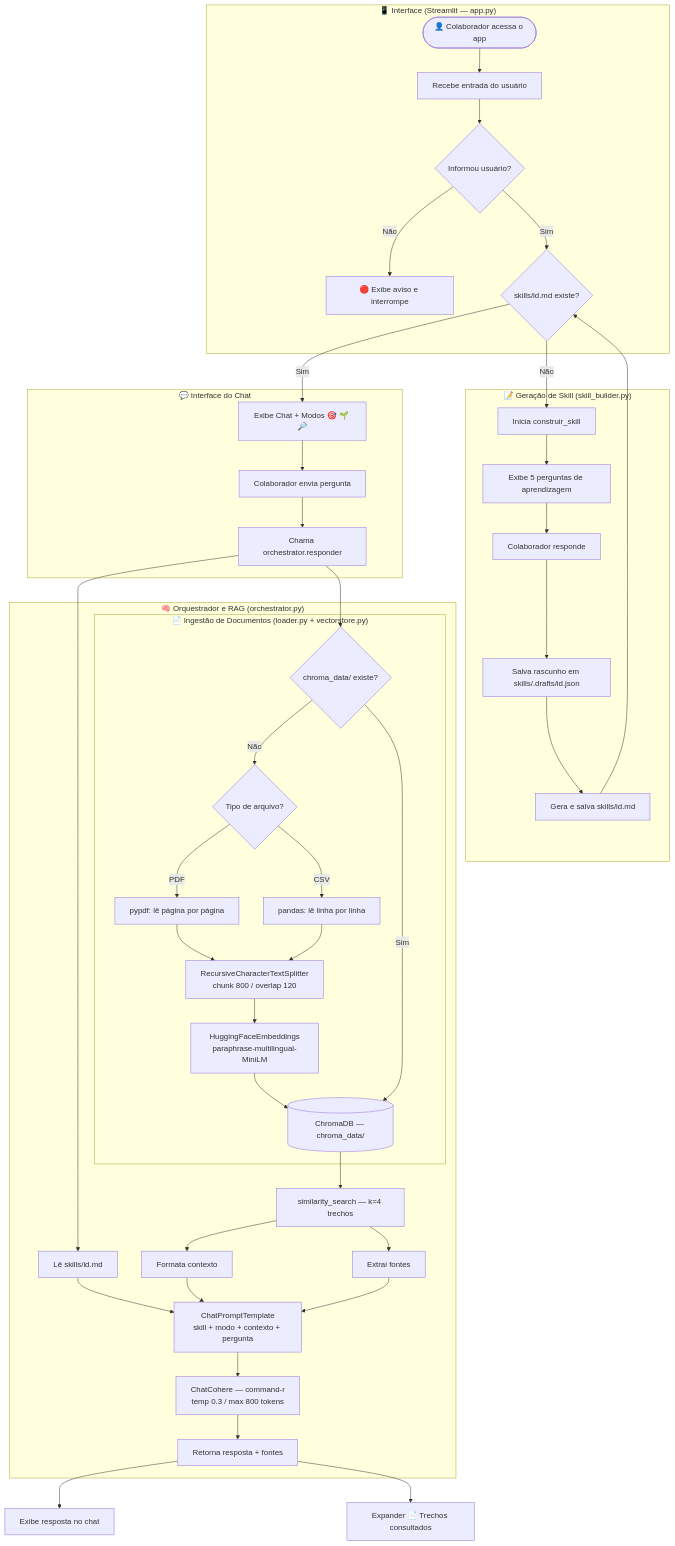
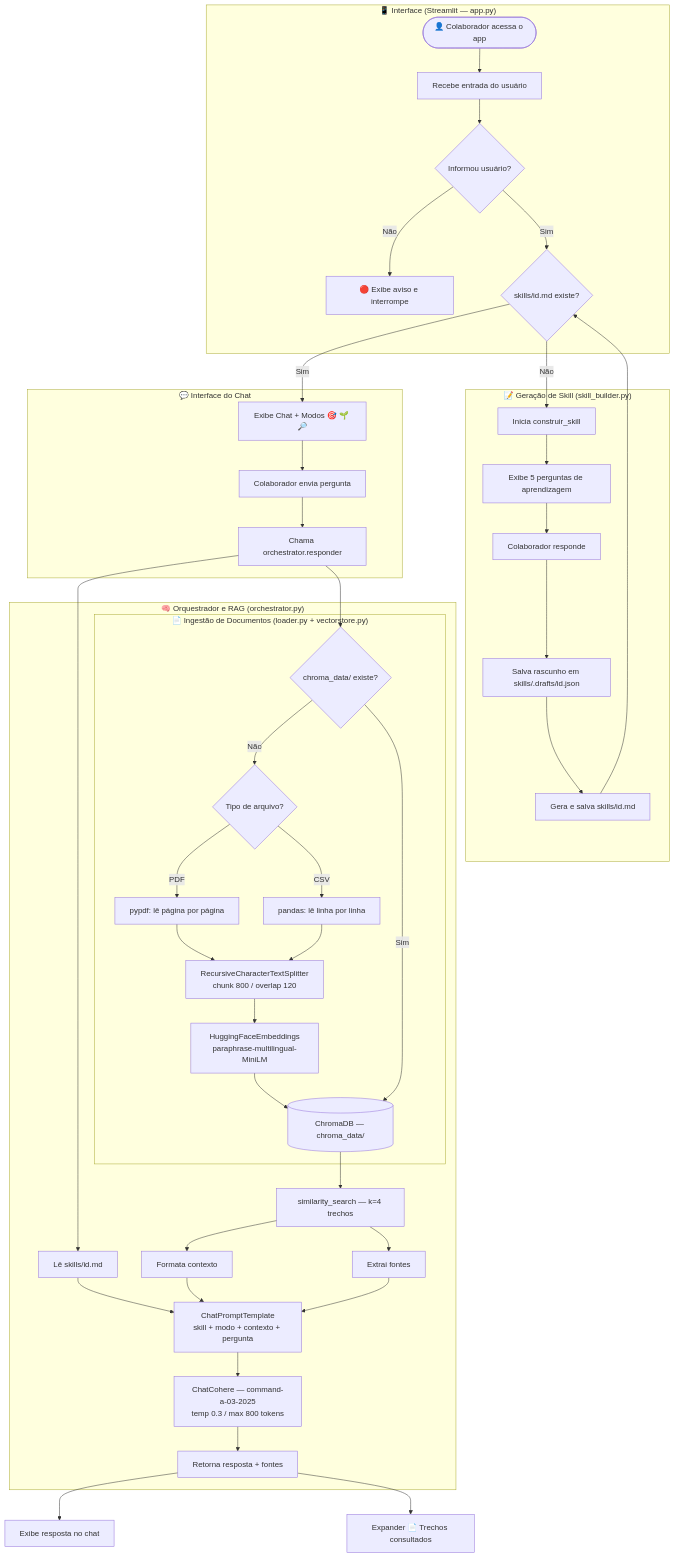
The diagram in README.md (LuGodoy/employee-skill-facilitator), drawn with Mermaid before and after one commit. The commit also changed other lines of this file and 1 other file, not shown here.

Commit message:
fix: corrige modelo Cohere, redirect pós-skill e melhorias de UI

````diff
--- a/README.md
+++ b/README.md
@@ -56,49 +56,49 @@
 ```mermaid
 flowchart TD
     subgraph UI ["📱 Interface (Streamlit — app.py)"]
         A([👤 Colaborador acessa o app]) --> B[Recebe entrada do usuário]
         B --> C{Informou usuário?}
         C -- Não --> D[🔴 Exibe aviso e interrompe]
         C -- Sim --> E{skills/id.md existe?}
     end
 
     subgraph SKILL_BUILDER ["📝 Geração de Skill (skill_builder.py)"]
         E -- Não --> F[Inicia construir_skill]
         F --> G[Exibe 5 perguntas de aprendizagem]
         G --> H[Colaborador responde]
         H --> I[Salva rascunho em skills/.drafts/id.json]
         I --> J[Gera e salva skills/id.md]
         J --> E
     end
 
     subgraph CHAT_UI ["💬 Interface do Chat"]
         E -- Sim --> K[Exibe Chat + Modos 🎯 🌱 🔎]
         K --> L[Colaborador envia pergunta]
         L --> M[Chama orchestrator.responder]
     end
 
     subgraph RAG ["🧠 Orquestrador e RAG (orchestrator.py)"]
         M --> N[Lê skills/id.md]
         M --> O{chroma_data/ existe?}
 
         subgraph LOADER ["📄 Ingestão de Documentos (loader.py + vectorstore.py)"]
             O -- Não --> P{Tipo de arquivo?}
             P -- PDF --> P1[pypdf: lê página por página]
             P -- CSV --> P2[pandas: lê linha por linha]
             P1 & P2 --> Q[RecursiveCharacterTextSplitter\nchunk 800 / overlap 120]
             Q --> Q1[HuggingFaceEmbeddings\nparaphrase-multilingual-MiniLM]
             Q1 --> Q2[(ChromaDB — chroma_data/)]
         end
 
         O -- Sim --> Q2
         Q2 --> R[similarity_search — k=4 trechos]
         R --> S[Formata contexto]
         R --> T[Extrai fontes]
         N & S & T --> U[ChatPromptTemplate\nskill + modo + contexto + pergunta]
-        U --> V[ChatCohere — command-r\ntemp 0.3 / max 800 tokens]
+        U --> V[ChatCohere — command-a-03-2025\ntemp 0.3 / max 800 tokens]
         V --> X[Retorna resposta + fontes]
     end
 
     X --> Y[Exibe resposta no chat]
     X --> Z[Expander 📄 Trechos consultados]
 ```   
````
